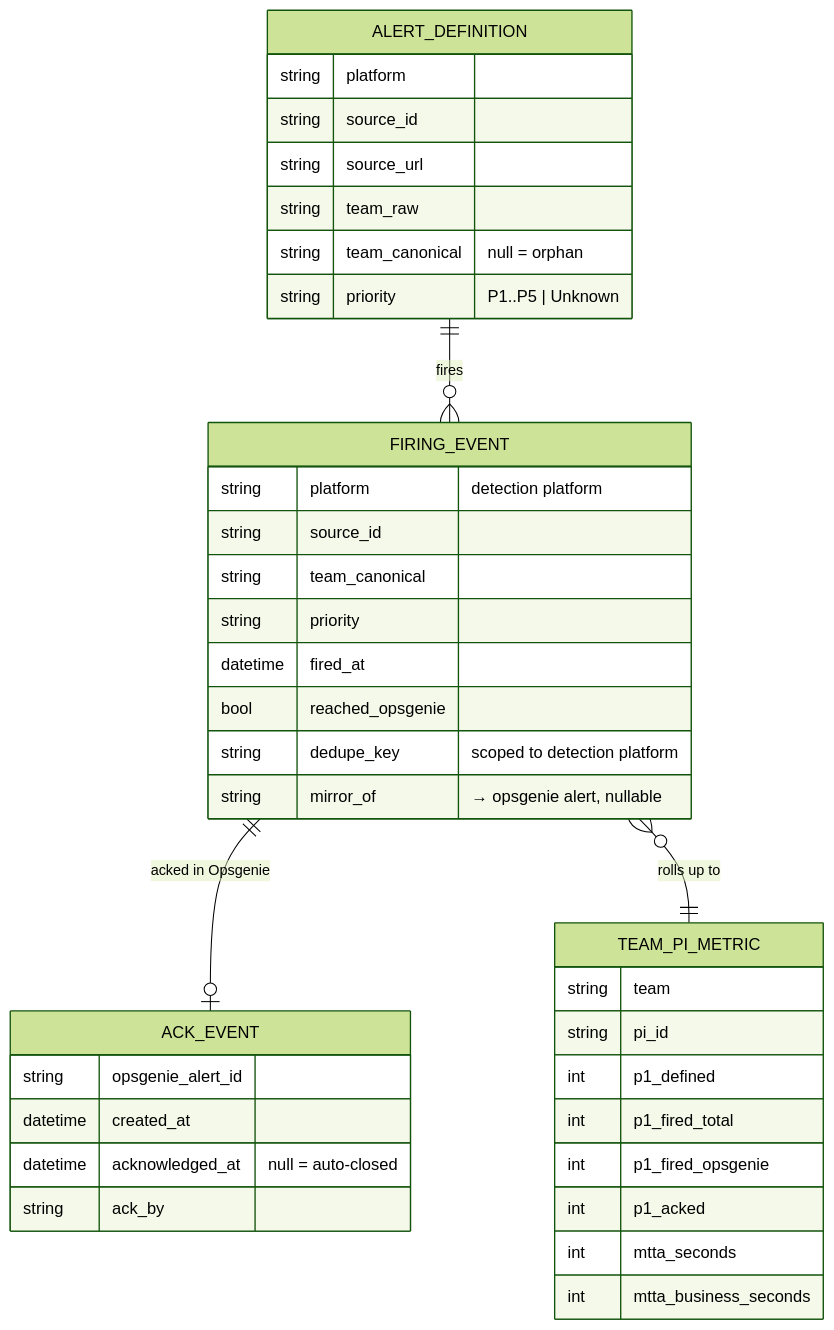
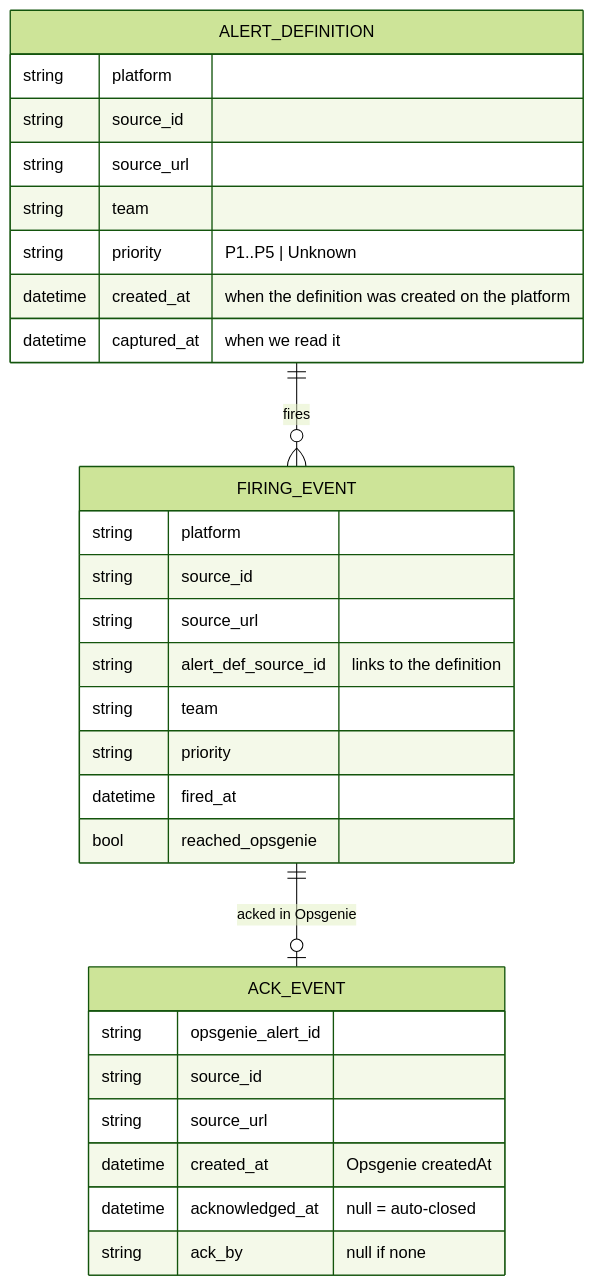
Before and after one commit to giorgikumelashvili-afk/unified-alerts-dashborad-mockup: the third of 3 diagrams in docs/architecture.md, drawn with Mermaid (forest theme). The commit also changed other lines of this file and 46 other files, not shown here.

````diff
--- a/docs/architecture.md
+++ b/docs/architecture.md
@@ -126,40 +79,32 @@
 ```mermaid
 erDiagram
   ALERT_DEFINITION ||--o{ FIRING_EVENT : "fires"
   FIRING_EVENT ||--o| ACK_EVENT : "acked in Opsgenie"
-  FIRING_EVENT }o--|| TEAM_PI_METRIC : "rolls up to"
   ALERT_DEFINITION {
     string platform
     string source_id
     string source_url
-    string team_raw
-    string team_canonical "null = orphan"
+    string team
     string priority "P1..P5 | Unknown"
+    datetime created_at "when the definition was created on the platform"
+    datetime captured_at "when we read it"
   }
   FIRING_EVENT {
-    string platform "detection platform"
+    string platform
     string source_id
-    string team_canonical
+    string source_url
+    string alert_def_source_id "links to the definition"
+    string team
     string priority
     datetime fired_at
     bool reached_opsgenie
-    string dedupe_key "scoped to detection platform"
-    string mirror_of "→ opsgenie alert, nullable"
   }
   ACK_EVENT {
     string opsgenie_alert_id
-    datetime created_at
+    string source_id
+    string source_url
+    datetime created_at "Opsgenie createdAt"
     datetime acknowledged_at "null = auto-closed"
-    string ack_by
-  }
-  TEAM_PI_METRIC {
-    string team
-    string pi_id
-    int p1_defined
-    int p1_fired_total
-    int p1_fired_opsgenie
-    int p1_acked
-    int mtta_seconds
-    int mtta_business_seconds
+    string ack_by "null if none"
   }
 ```
````
